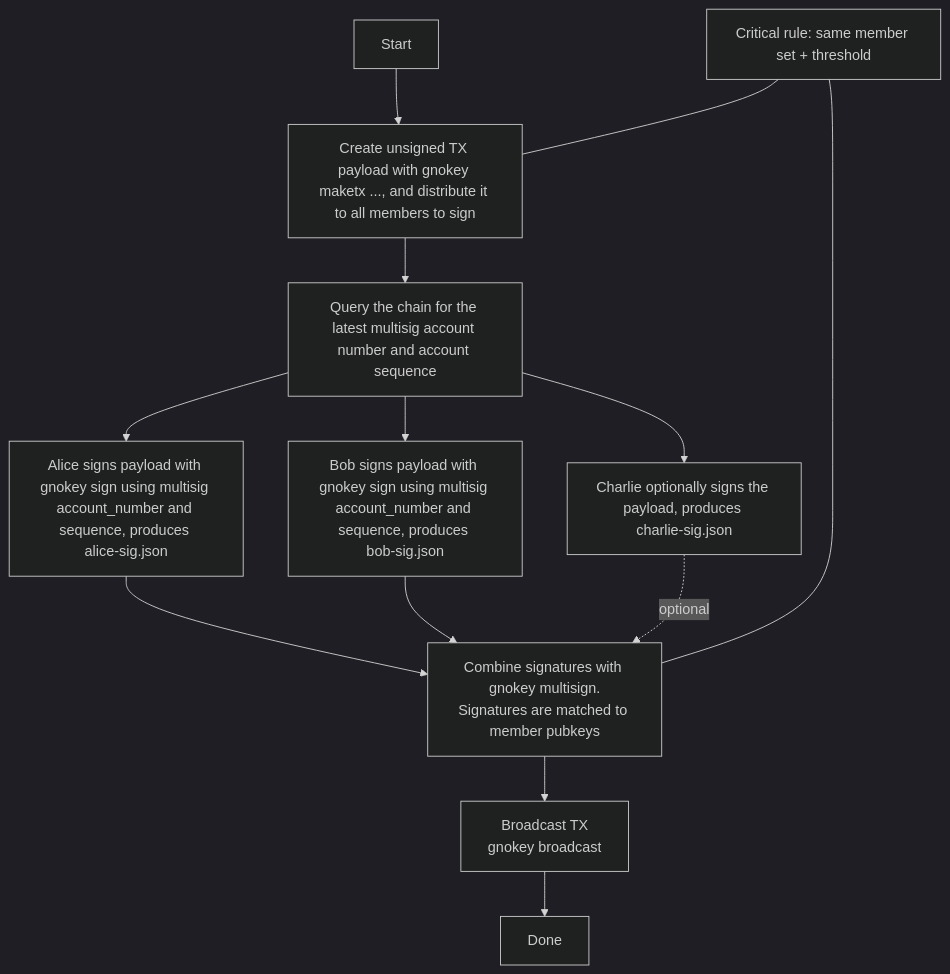
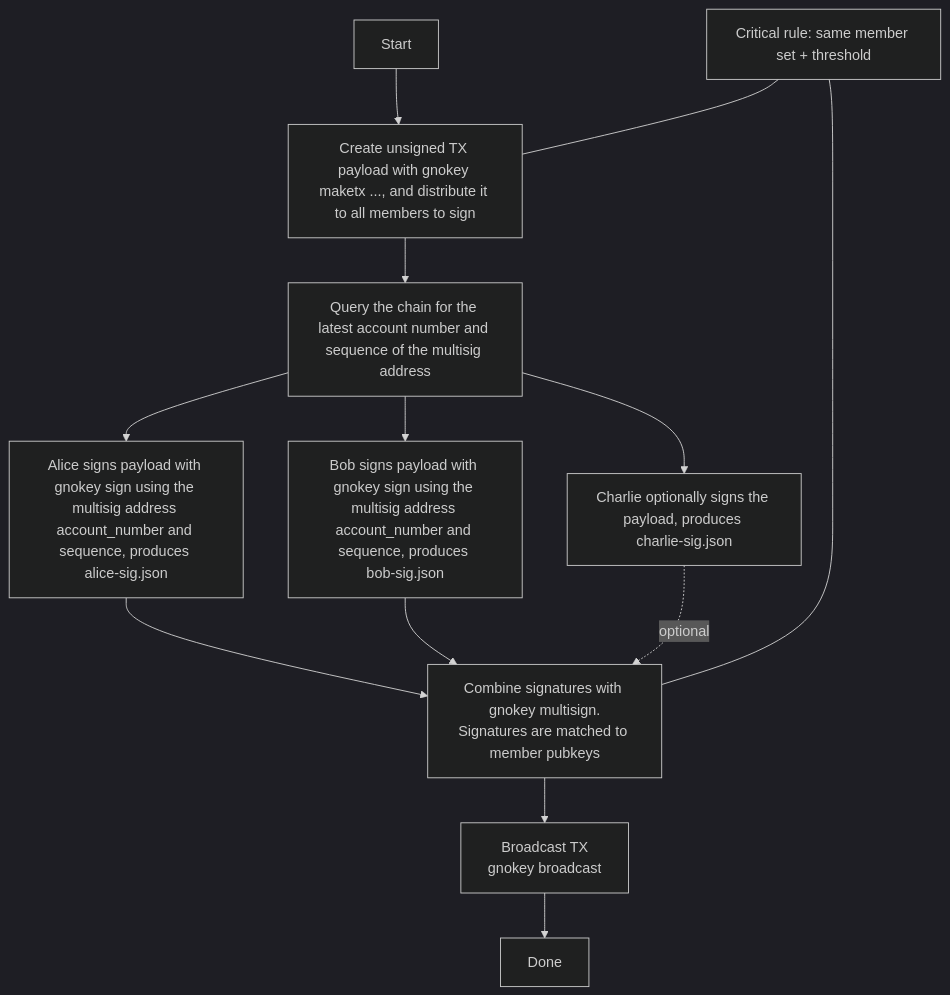
Before and after one commit to gnolang/gno: the diagram in docs/users/interact-with-gnokey.md, drawn with Mermaid (dark theme). The commit also changed other lines of this file, not shown here.

````diff
--- a/docs/users/interact-with-gnokey.md
+++ b/docs/users/interact-with-gnokey.md
@@ -873,16 +889,16 @@
 ```mermaid
 flowchart TD
   A[Start] --> B[Create unsigned TX payload with gnokey maketx ..., and distribute it to all members to sign]
-  B --> C[Query the chain for the latest multisig account number and account sequence]
-  C --> D1[Alice signs payload with gnokey sign using multisig account_number and sequence, produces <br/>alice-sig.json]
-  C --> D2[Bob signs payload with gnokey sign using multisig account_number and sequence, produces <br/>bob-sig.json]
+  B --> C[Query the chain for the latest account number and sequence of the multisig address]
+  C --> D1[Alice signs payload with gnokey sign using the multisig address account_number and sequence, produces <br/>alice-sig.json]
+  C --> D2[Bob signs payload with gnokey sign using the multisig address account_number and sequence, produces <br/>bob-sig.json]
   C --> D3[Charlie optionally signs the payload, produces <br/>charlie-sig.json]
   D1 --> E[Combine signatures with gnokey multisign.<br/>Signatures are matched to member pubkeys]
   D2 --> E
   D3 -. optional .-> E
   E --> F[Broadcast TX<br/>gnokey broadcast]
   F --> G[Done]
 
   H[Critical rule: same member set + threshold] --- B
   H --- E
 ```
````
